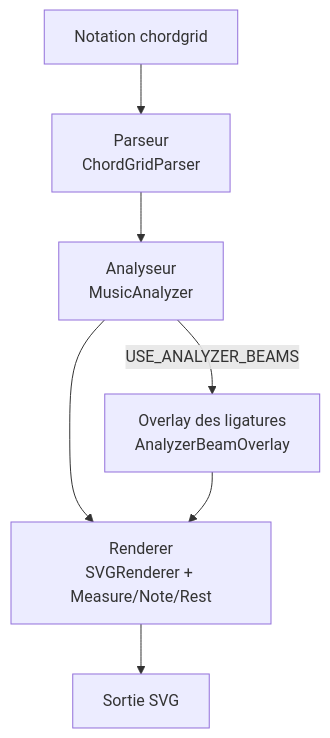
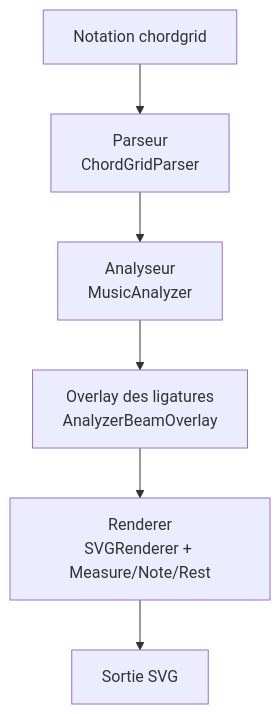
Before and after one commit to MathieuCGit/ChordGrid_for_Obsidian: the diagram in README.fr.md, drawn with Mermaid. The commit also changed other lines of this file and 18 other files, not shown here.

First line of the commit message:
chore: release v2.0.0 - complete analyzer architecture migration

````diff
--- a/README.fr.md
+++ b/README.fr.md
@@ -194,9 +194,8 @@
 ```mermaid
 flowchart TD
     A[Notation chordgrid] --> B[Parseur\nChordGridParser]
     B --> C[Analyseur\nMusicAnalyzer]
-    C --> D[Renderer\nSVGRenderer + Measure/Note/Rest]
-    C -->|USE_ANALYZER_BEAMS| E[Overlay des ligatures\nAnalyzerBeamOverlay]
-    E --> D
-    D --> F[Sortie SVG]
+    C --> D[Overlay des ligatures\nAnalyzerBeamOverlay]
+    D --> E[Renderer\nSVGRenderer + Measure/Note/Rest]
+    E --> F[Sortie SVG]
 ```
````
